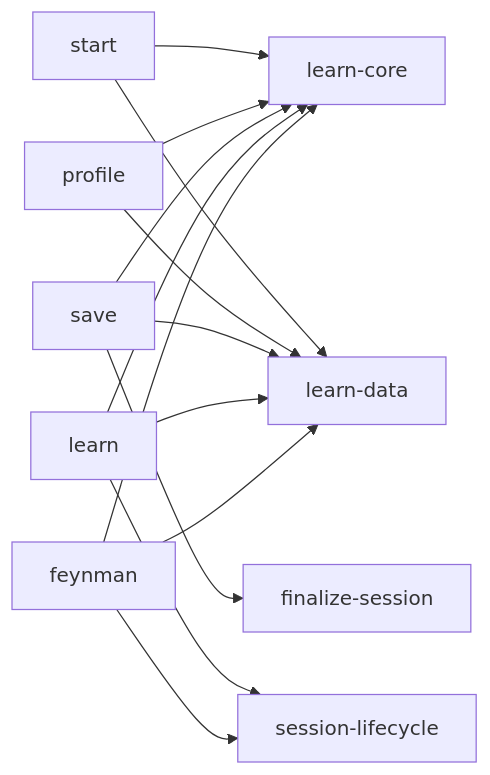
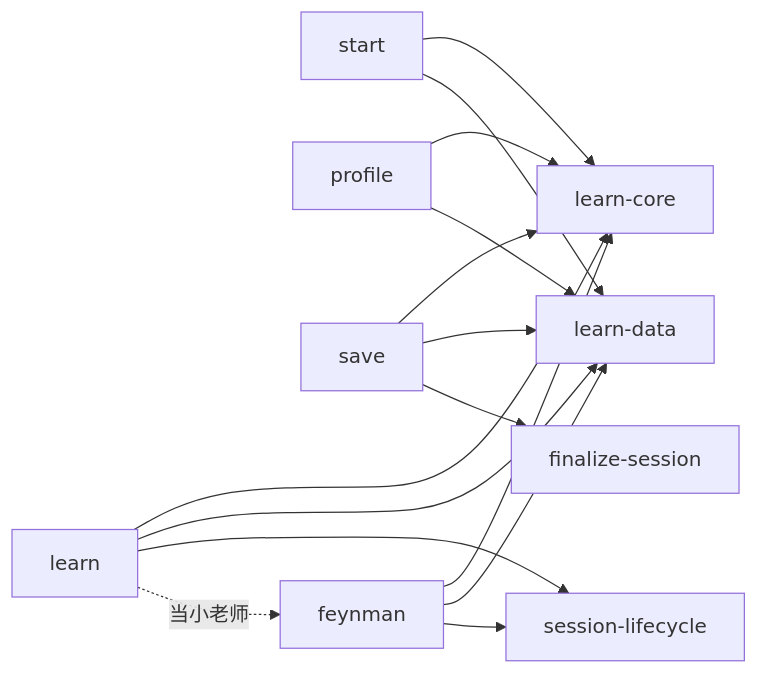
The fourth of 17 diagrams in docs/skills/call-graph.md (gengyabc/baicai-edu), drawn with Mermaid before and after one commit. The commit also changed other lines of this file and 19 other files, not shown here.

First line of the commit message:
Split math teaching rules into focused references and sync the call graph.

````diff
--- a/docs/skills/call-graph.md
+++ b/docs/skills/call-graph.md
@@ -105,16 +106,17 @@
 ```mermaid
 flowchart LR
   start --> LC["learn-core"]
   start --> LD["learn-data"]
   profile --> LC
   profile --> LD
   save --> LC
   save --> LD
   save --> FZ["finalize-session"]
   learn --> LC
   learn --> LD
   learn --> SL["session-lifecycle"]
   feynman --> LC
   feynman --> LD
   feynman --> SL
+  learn -.->|当小老师| feynman
 ```
````
